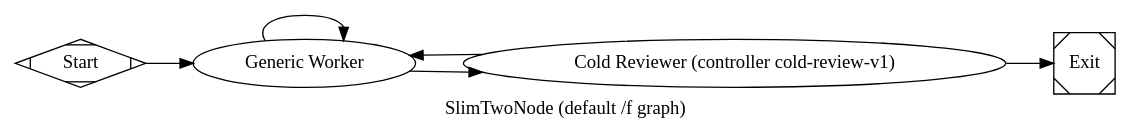
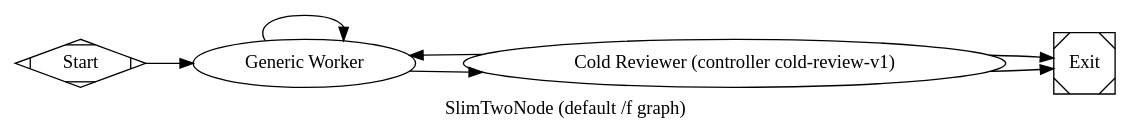
One commit to jleechanorg/dark-factory changed the diagram in pipelines/slim/two_node.dot. Above: the diagram before and after it, drawn with Graphviz. The commit also changed 6 other files, not shown here.

Commit message:
fix(controller): use canonical graph executor [codex/gpt-5.6-luna]

```diff
--- a/pipelines/slim/two_node.dot
+++ b/pipelines/slim/two_node.dot
@@ -1,61 +1,63 @@
 // pipelines/slim/two_node.dot
 //
 // Default graph for `/f` (and `/factory`). Exactly two productive nodes:
 //   worker         — generic codergen; light prompt; does whatever the user asked.
 //   cold_reviewer  — controller-owned cold reviewer using the SHA-pinned
 //                    cold-review-v1 execution path (prompts/catalog/controller_cold_review_v1.md).
 //
 // Wiring:
 //   start -> worker -> cold_reviewer -> exit                (on success)
-//                          \-> worker                        (on failure, bounded max_visits=3)
+//                          \-> worker                        (on reviewer failure, bounded max_visits=3)
+//                          \-> exit                          (on infrastructure error, terminal non-success)
 //
 // Backend routing:
 //   - worker          honors the run-level --backend (the coder tier the user
 //                     chose; default = whatever /f's Step 0.5 detector picks).
 //   - cold_reviewer   uses review_contract="cold-review-v1" and
 //                     backend_priority="codex" because the controller has
 //                     a receipt-capable transport only for Codex.
 //
 // Failure semantics:
 //   - cold_reviewer is goal_gate=true. On success the run exits.
 //   - On a real fail/partial verdict the runner routes back to worker directly.
 //     Worker handles iteration (max_visits=3). No separate fix node in this graph.
 
 digraph SlimTwoNode {
     graph [
         goal="Generic worker does the user's task; controller-owned cold-review-v1 reviewer gates it. Slim default for /f."
         rankdir=LR
         label="SlimTwoNode (default /f graph)"
     ]
 
     start  [shape=Mdiamond, label="Start"]
     exit   [shape=Msquare,  label="Exit"]
 
     worker [
         type="codergen",
         label="Generic Worker",
         class="worker",
         prompt="@prompts/slim/worker.md",
         max_retries=2,
         max_visits="3",
         timeout=600
     ]
 
     cold_reviewer [
         type="parallel_reviewer",
         label="Cold Reviewer (controller cold-review-v1)",
         class="review",
         review_contract="cold-review-v1",
         backend_priority="codex",
         evidence_paths="evidence/worker-verification.json",
         goal_gate=true,
-        timeout=600
+        timeout=1200
     ]
 
     start -> worker
     worker -> cold_reviewer [condition="outcome=success"]
     worker -> worker        [condition="outcome!=success"]
 
     cold_reviewer -> exit   [condition="outcome=success"]
-    cold_reviewer -> worker [condition="outcome!=success"]
+    cold_reviewer -> worker [condition="outcome=failure"]
+    cold_reviewer -> exit   [condition="outcome=error"]
 }
```
